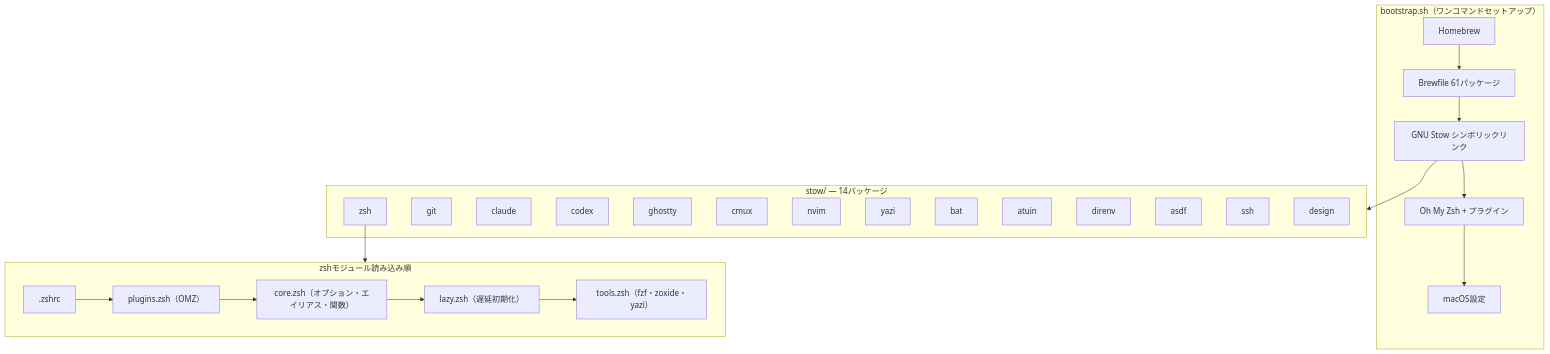
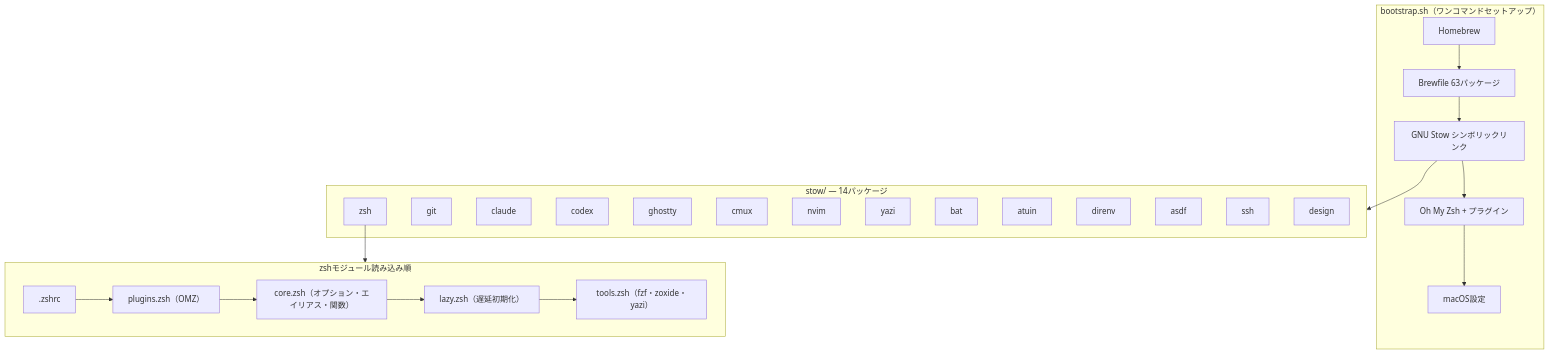
Before and after one commit to otake-shol/dotfiles: the diagram in README.md, drawn with Mermaid. The commit also changed other lines of this file and 27 other files, not shown here.

````diff
--- a/README.md
+++ b/README.md
@@ -98,37 +98,37 @@
 ```mermaid
 graph TB
     subgraph bootstrap["bootstrap.sh（ワンコマンドセットアップ）"]
         B1[Homebrew]
-        B1 --> B2[Brewfile 61パッケージ]
+        B1 --> B2[Brewfile 63パッケージ]
         B2 --> B3[GNU Stow シンボリックリンク]
         B3 --> B4[Oh My Zsh + プラグイン]
         B4 --> B5[macOS設定]
     end
 
     subgraph stow["stow/ — 14パッケージ"]
         S1[zsh]
         S2[git]
         S3[claude]
         S4[codex]
         S5[ghostty]
         S6[cmux]
         S7[nvim]
         S8[yazi]
         S9[bat]
         S10[atuin]
         S11[direnv]
         S12[asdf]
         S13[ssh]
         S14[design]
     end
 
     subgraph shell["zshモジュール読み込み順"]
         Z1[".zshrc"] --> Z2["plugins.zsh（OMZ）"]
         Z2 --> Z3["core.zsh（オプション・エイリアス・関数）"]
         Z3 --> Z4["lazy.zsh（遅延初期化）"]
         Z4 --> Z5["tools.zsh（fzf・zoxide・yazi）"]
     end
 
     B3 --> stow
     S1 --> shell
 ```
````
